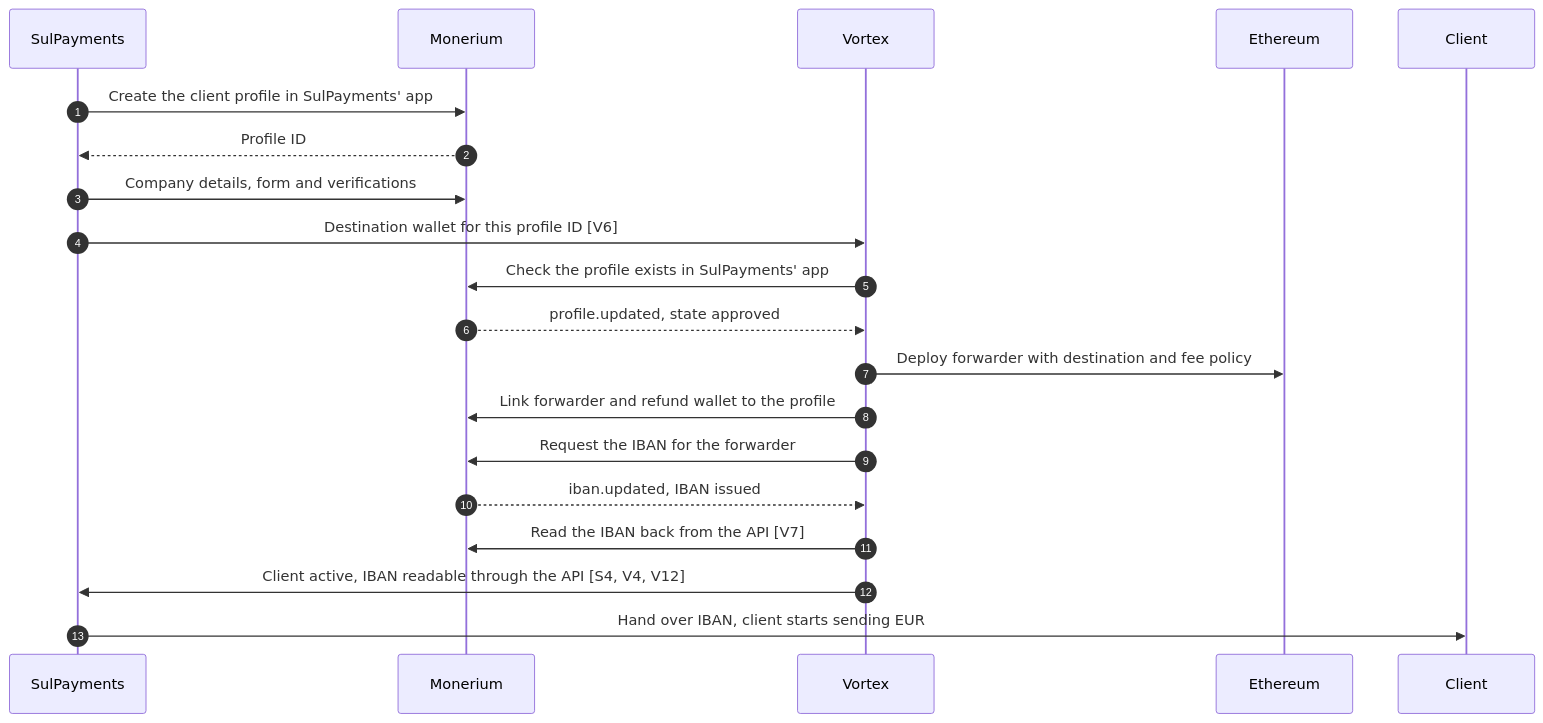
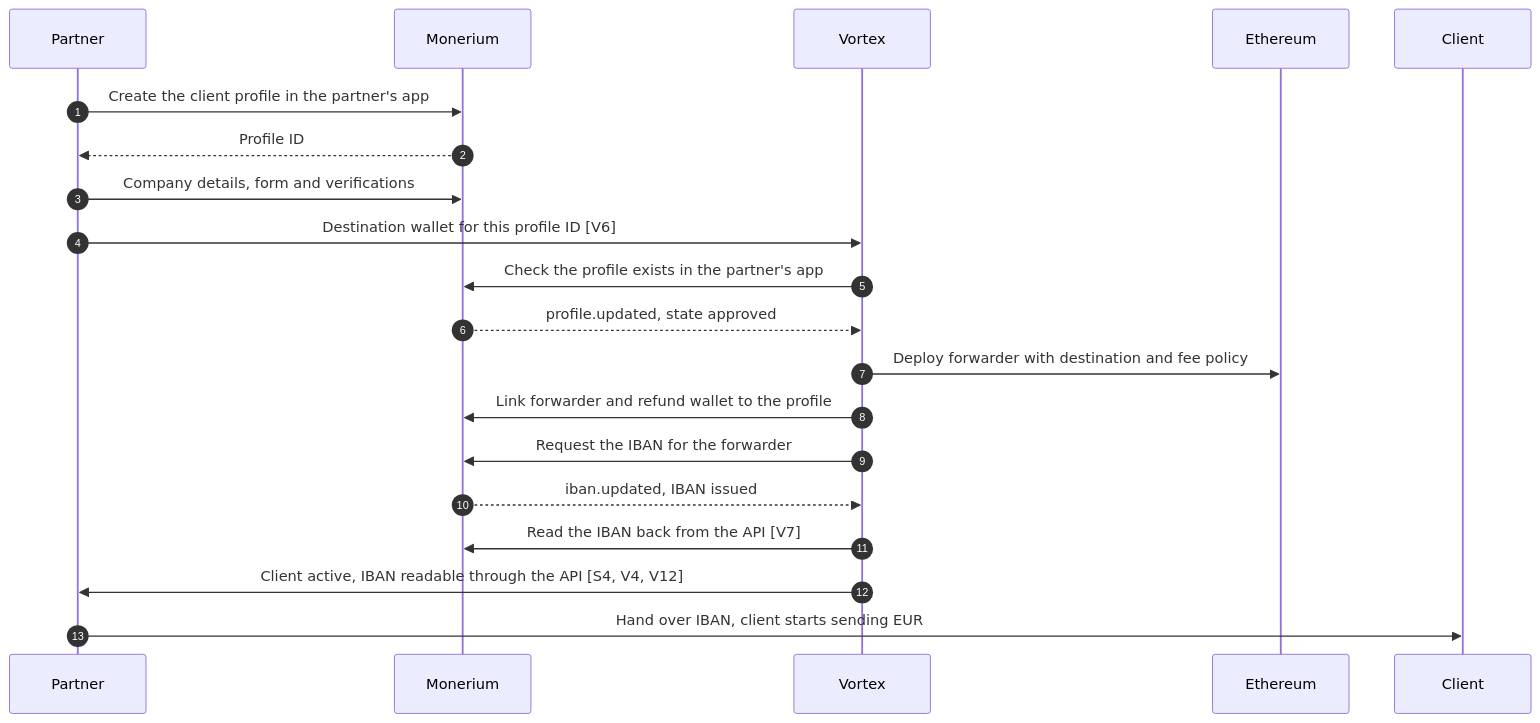
One commit to pendulum-chain/vortex changed the second of 6 diagrams in docs/product-monerium-b2b-flow.md. Above: the diagram before and after it, drawn with Mermaid. The commit also changed other lines of this file and 50 other files, not shown here.

Commit message:
feat(api): let the partner register a client destination and onboard it

````diff
--- a/docs/product-monerium-b2b-flow.md
+++ b/docs/product-monerium-b2b-flow.md
@@ -122,23 +122,23 @@
 ```mermaid
 sequenceDiagram
     autonumber
-    participant SP as SulPayments
+    participant P as Partner
     participant M as Monerium
     participant V as Vortex
     participant C as Ethereum
     participant CL as Client
 
-    SP->>M: Create the client profile in SulPayments' app
-    M-->>SP: Profile ID
-    SP->>M: Company details, form and verifications
-    SP->>V: Destination wallet for this profile ID [V6]
-    V->>M: Check the profile exists in SulPayments' app
+    P->>M: Create the client profile in the partner's app
+    M-->>P: Profile ID
+    P->>M: Company details, form and verifications
+    P->>V: Destination wallet for this profile ID [V6]
+    V->>M: Check the profile exists in the partner's app
     M-->>V: profile.updated, state approved
     V->>C: Deploy forwarder with destination and fee policy
     V->>M: Link forwarder and refund wallet to the profile
     V->>M: Request the IBAN for the forwarder
     M-->>V: iban.updated, IBAN issued
     V->>M: Read the IBAN back from the API [V7]
-    V->>SP: Client active, IBAN readable through the API [S4, V4, V12]
-    SP->>CL: Hand over IBAN, client starts sending EUR
+    V->>P: Client active, IBAN readable through the API [S4, V4, V12]
+    P->>CL: Hand over IBAN, client starts sending EUR
 ```
````
